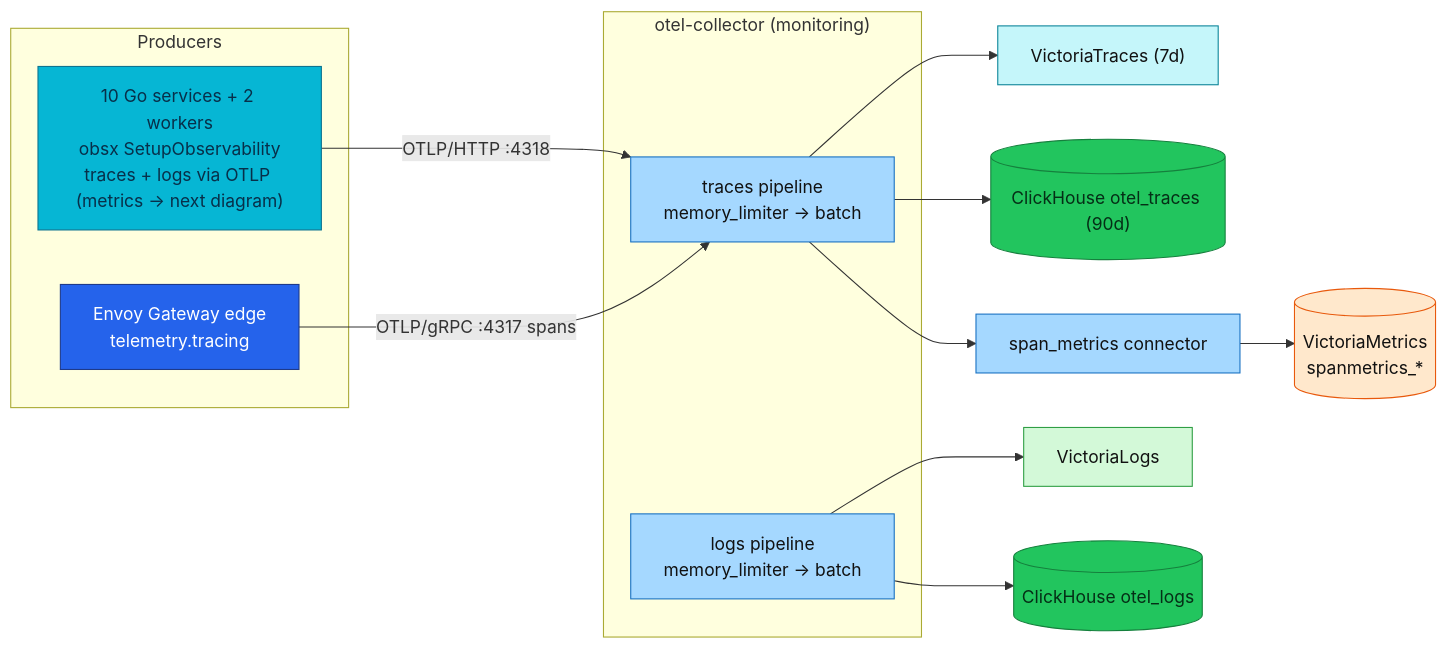
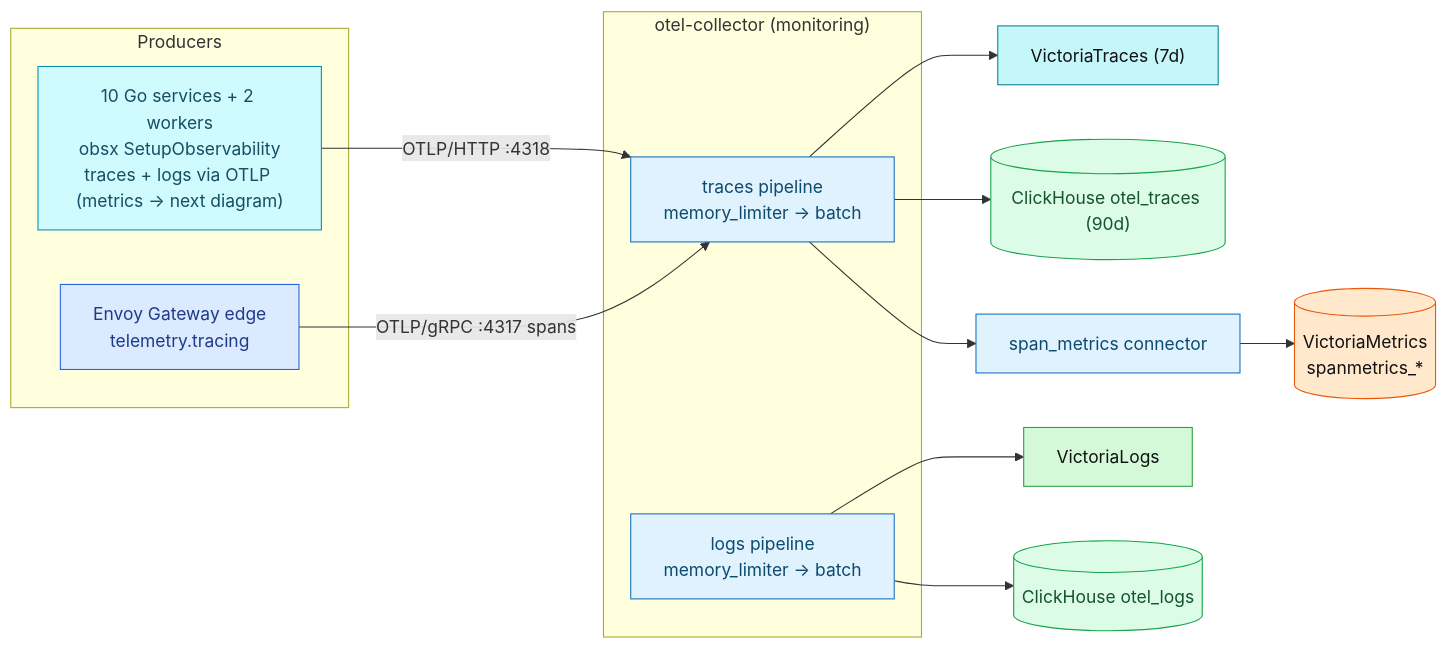
Before and after one commit to duynhlab/homelab: the first of 2 diagrams in docs/observability/opentelemetry/README.md, drawn with Mermaid. The commit also changed other lines of this file and 174 other files, not shown here.

First line of the commit message:
Soft-tint diagram palette, a signal-flow diagram, a Linux-ready Draw.io skill

````diff
--- a/docs/observability/opentelemetry/README.md
+++ b/docs/observability/opentelemetry/README.md
@@ -122,34 +122,34 @@
 ```mermaid
 flowchart LR
     subgraph Producers
         SVC["10 Go services + 2 workers<br/>obsx SetupObservability<br/>traces + logs via OTLP (metrics → next diagram)"]
         EDGE["Envoy Gateway edge<br/>telemetry.tracing"]
     end
     subgraph Collector["otel-collector (monitoring)"]
         TP["traces pipeline<br/>memory_limiter → batch"]
         LP["logs pipeline<br/>memory_limiter → batch"]
     end
     SVC -->|"OTLP/HTTP :4318"| TP
     EDGE -->|"OTLP/gRPC :4317 spans"| TP
     TP --> VT["VictoriaTraces (7d)"]
     TP --> CH[("ClickHouse otel_traces (90d)")]
     TP --> SM["span_metrics connector"]
     SM --> VMS0[("VictoriaMetrics<br/>spanmetrics_*")]
     LP --> VL["VictoriaLogs"]
     LP --> CH2[("ClickHouse otel_logs")]
 
-    classDef app fill:#06b6d4,color:#082f49,stroke:#0e7490;
-    classDef edge fill:#2563eb,color:#fff,stroke:#1e3a8a;
-    classDef otc fill:#a5d8ff,color:#111,stroke:#1971c2;
+    classDef app fill:#cffafe,color:#164e63,stroke:#0891b2;
+    classDef edge fill:#dbeafe,color:#1e3a8a,stroke:#2563eb;
+    classDef otc fill:#e0f2fe,color:#0c4a6e,stroke:#1971c2;
     classDef trace fill:#c5f6fa,color:#111,stroke:#0c8599;
     classDef log fill:#d3f9d8,color:#111,stroke:#2f9e44;
-    classDef data fill:#22c55e,color:#052e16,stroke:#15803d;
+    classDef data fill:#dcfce7,color:#14532d,stroke:#16a34a;
     class SVC app;
     class EDGE edge;
     classDef metric fill:#ffe8cc,color:#111,stroke:#e8590c;
     class TP,LP,SM otc;
     class VT trace;
     class VL log;
     class CH,CH2 data;
     class VMS0 metric;
 ```
````
